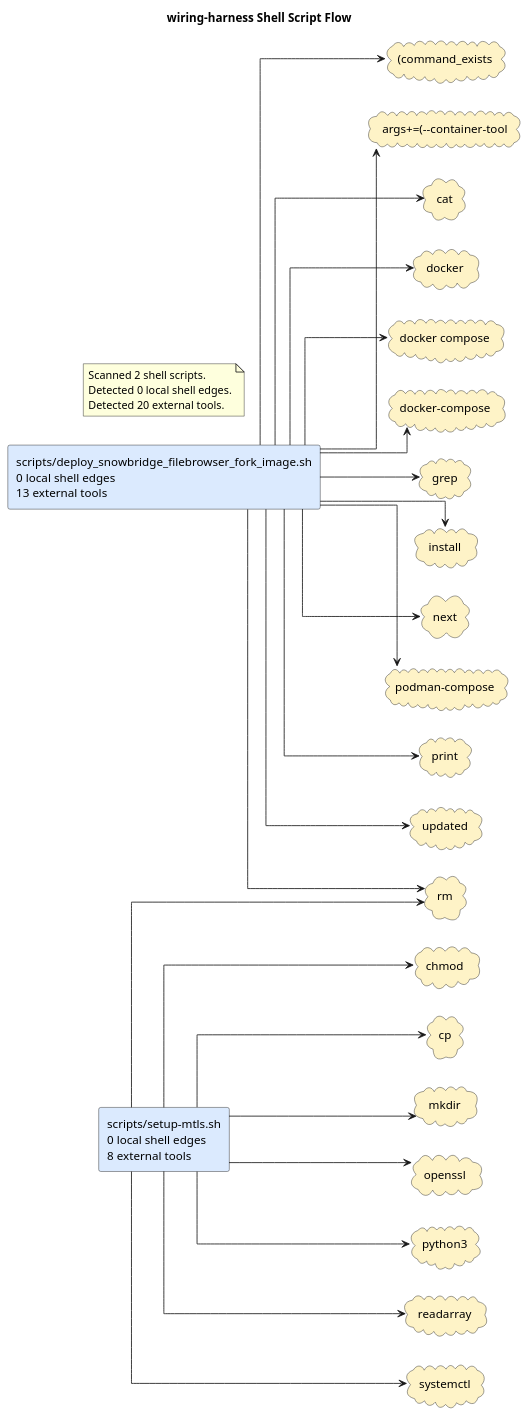
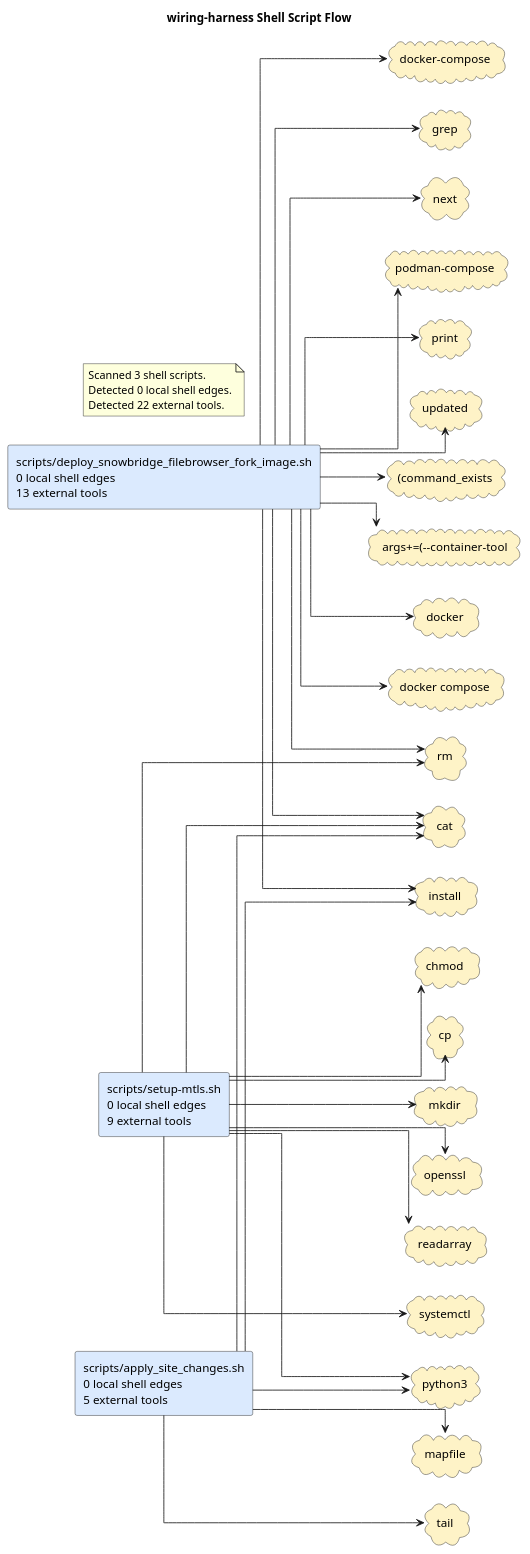
One commit to casonk/wiring-harness changed the diagram in docs/diagrams/shell-call-graph.puml. Above: the diagram before and after it, drawn with PlantUML. The commit also changed 18 other files, not shown here.

First line of the commit message:
feat(scripts): add apply_site_changes.sh, notify/CMS-sign for profile export, url_scheme support

```diff
--- a/docs/diagrams/shell-call-graph.puml
+++ b/docs/diagrams/shell-call-graph.puml
@@ -1,56 +1,65 @@
 @startuml
 title wiring-harness Shell Script Flow
 left to right direction
 skinparam shadowing false
 skinparam defaultFontName Monospace
 skinparam componentStyle rectangle
 skinparam linetype ortho
+rectangle "scripts/apply_site_changes.sh\n0 local shell edges\n5 external tools" as shell_scripts_apply_site_changes_sh #DBEAFE
 rectangle "scripts/deploy_snowbridge_filebrowser_fork_image.sh\n0 local shell edges\n13 external tools" as shell_scripts_deploy_snowbridge_filebrowser_fork_image_sh #DBEAFE
-rectangle "scripts/setup-mtls.sh\n0 local shell edges\n8 external tools" as shell_scripts_setup_mtls_sh #DBEAFE
+rectangle "scripts/setup-mtls.sh\n0 local shell edges\n9 external tools" as shell_scripts_setup_mtls_sh #DBEAFE
 cloud "(command_exists" as tool_command_exists #FEF3C7
 cloud "args+=(--container-tool" as tool_args_container_tool #FEF3C7
 cloud "cat" as tool_cat #FEF3C7
 cloud "chmod" as tool_chmod #FEF3C7
 cloud "cp" as tool_cp #FEF3C7
 cloud "docker" as tool_docker #FEF3C7
 cloud "docker compose" as tool_docker_compose #FEF3C7
 cloud "docker-compose" as tool_docker_compose_2 #FEF3C7
 cloud "grep" as tool_grep #FEF3C7
 cloud "install" as tool_install #FEF3C7
+cloud "mapfile" as tool_mapfile #FEF3C7
 cloud "mkdir" as tool_mkdir #FEF3C7
 cloud "next" as tool_next #FEF3C7
 cloud "openssl" as tool_openssl #FEF3C7
 cloud "podman-compose" as tool_podman_compose #FEF3C7
 cloud "print" as tool_print #FEF3C7
 cloud "python3" as tool_python3 #FEF3C7
 cloud "readarray" as tool_readarray #FEF3C7
 cloud "rm" as tool_rm #FEF3C7
 cloud "systemctl" as tool_systemctl #FEF3C7
+cloud "tail" as tool_tail #FEF3C7
 cloud "updated" as tool_updated #FEF3C7
+shell_scripts_apply_site_changes_sh --> tool_cat
+shell_scripts_apply_site_changes_sh --> tool_install
+shell_scripts_apply_site_changes_sh --> tool_mapfile
+shell_scripts_apply_site_changes_sh --> tool_python3
+shell_scripts_apply_site_changes_sh --> tool_tail
 shell_scripts_deploy_snowbridge_filebrowser_fork_image_sh --> tool_command_exists
 shell_scripts_deploy_snowbridge_filebrowser_fork_image_sh --> tool_args_container_tool
 shell_scripts_deploy_snowbridge_filebrowser_fork_image_sh --> tool_cat
 shell_scripts_deploy_snowbridge_filebrowser_fork_image_sh --> tool_docker
 shell_scripts_deploy_snowbridge_filebrowser_fork_image_sh --> tool_docker_compose
 shell_scripts_deploy_snowbridge_filebrowser_fork_image_sh --> tool_docker_compose_2
 shell_scripts_deploy_snowbridge_filebrowser_fork_image_sh --> tool_grep
 shell_scripts_deploy_snowbridge_filebrowser_fork_image_sh --> tool_install
 shell_scripts_deploy_snowbridge_filebrowser_fork_image_sh --> tool_next
 shell_scripts_deploy_snowbridge_filebrowser_fork_image_sh --> tool_podman_compose
 shell_scripts_deploy_snowbridge_filebrowser_fork_image_sh --> tool_print
 shell_scripts_deploy_snowbridge_filebrowser_fork_image_sh --> tool_rm
 shell_scripts_deploy_snowbridge_filebrowser_fork_image_sh --> tool_updated
+shell_scripts_setup_mtls_sh --> tool_cat
 shell_scripts_setup_mtls_sh --> tool_chmod
 shell_scripts_setup_mtls_sh --> tool_cp
 shell_scripts_setup_mtls_sh --> tool_mkdir
 shell_scripts_setup_mtls_sh --> tool_openssl
 shell_scripts_setup_mtls_sh --> tool_python3
 shell_scripts_setup_mtls_sh --> tool_readarray
 shell_scripts_setup_mtls_sh --> tool_rm
 shell_scripts_setup_mtls_sh --> tool_systemctl
 note as shellGraphSummary
-Scanned 2 shell scripts.
+Scanned 3 shell scripts.
 Detected 0 local shell edges.
-Detected 20 external tools.
+Detected 22 external tools.
 end note
 @enduml
```
